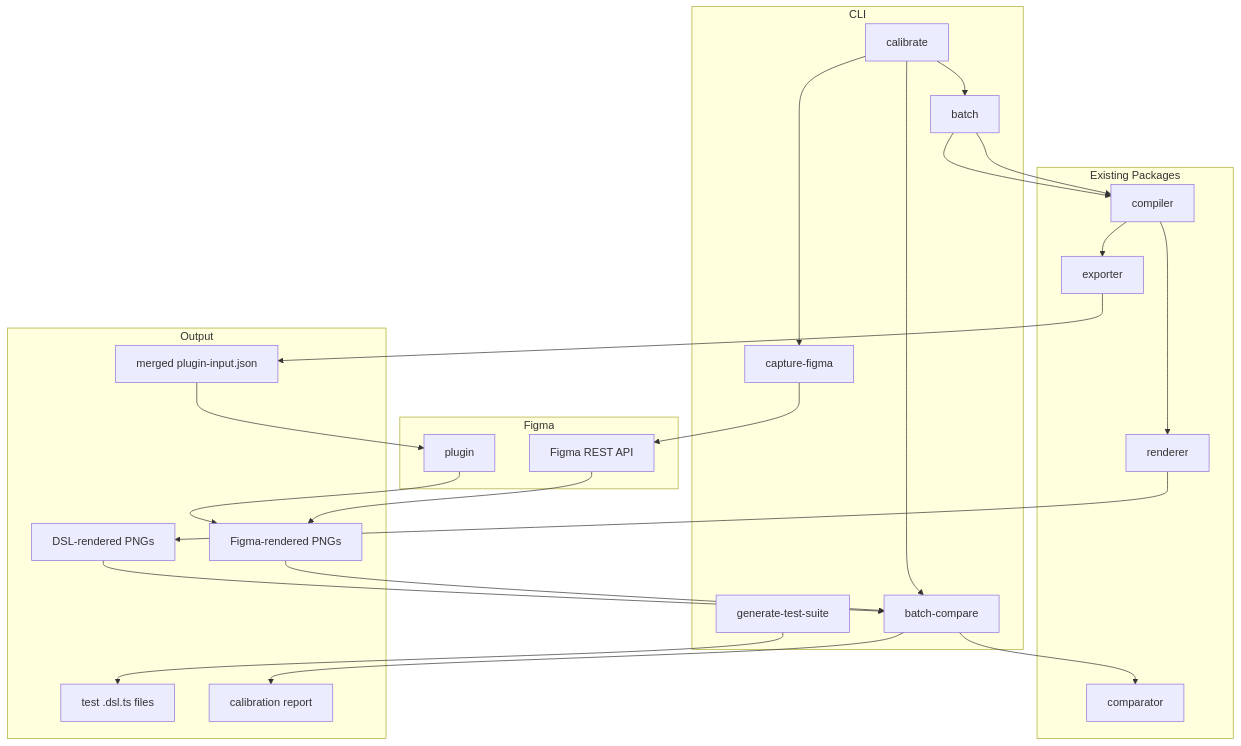
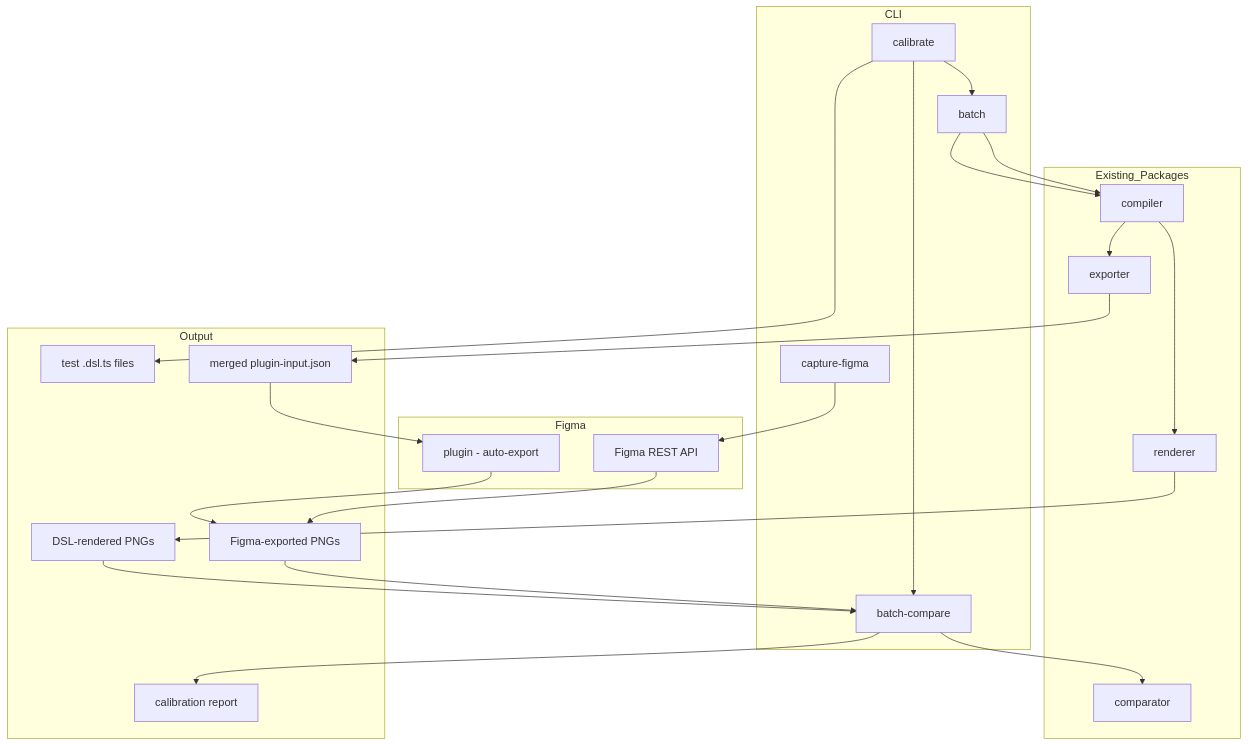
One commit to TETRA2000/figma-component-dsl changed the first of 3 diagrams in .kiro/specs/calibration-workflow/design.md. Above: the diagram before and after it, drawn with Mermaid. The commit also changed other lines of this file and 1 other file, not shown here.

First line of the commit message:
Update calibration-workflow design: remove manual Figma step, consolidate commands

````diff
--- a/.kiro/specs/calibration-workflow/design.md
+++ b/.kiro/specs/calibration-workflow/design.md
@@ -40,45 +41,42 @@
 ```mermaid
 graph TB
     subgraph CLI
-        GenSuite[generate-test-suite]
+        Calibrate[calibrate]
         Batch[batch]
         BatchCompare[batch-compare]
         CaptureFigma[capture-figma]
-        Calibrate[calibrate]
     end
 
-    subgraph Existing Packages
+    subgraph Existing_Packages
         Compiler[compiler]
         Renderer[renderer]
         Exporter[exporter]
         Comparator[comparator]
     end
 
     subgraph Figma
-        Plugin[plugin]
+        Plugin[plugin - auto-export]
         FigmaAPI[Figma REST API]
     end
 
     subgraph Output
         TestDSL[test .dsl.ts files]
         PNGs[DSL-rendered PNGs]
         PluginJSON[merged plugin-input.json]
-        FigmaPNGs[Figma-rendered PNGs]
+        FigmaPNGs[Figma-exported PNGs]
         Report[calibration report]
     end
 
-    GenSuite --> TestDSL
+    Calibrate --> TestDSL
+    Calibrate --> Batch
     Batch --> Compiler --> Renderer --> PNGs
     Batch --> Compiler --> Exporter --> PluginJSON
     PluginJSON --> Plugin
     Plugin --> FigmaPNGs
-    FigmaAPI --> FigmaPNGs
-    CaptureFigma --> FigmaAPI
+    CaptureFigma --> FigmaAPI --> FigmaPNGs
     BatchCompare --> Comparator
     PNGs --> BatchCompare
     FigmaPNGs --> BatchCompare
     BatchCompare --> Report
-    Calibrate --> Batch
-    Calibrate --> CaptureFigma
     Calibrate --> BatchCompare
 ```
````
